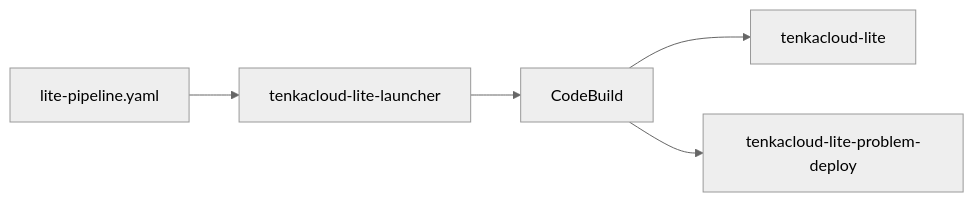
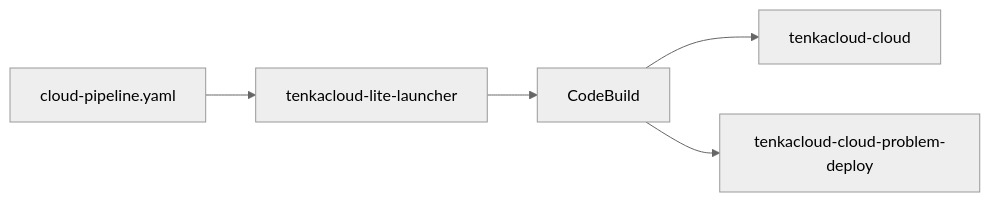
The diagram in books/cloud-competition/chapter13.md (susumutomita/zenn-article), drawn with Mermaid (neutral theme) before and after one commit. The commit also changed other lines of this file and 28 other files, not shown here.

````diff
--- a/books/cloud-competition/chapter13.md
+++ b/books/cloud-competition/chapter13.md
@@ -80,13 +68,13 @@
 ```mermaid
 flowchart LR
-    Template["lite-pipeline.yaml"]
+    Template["cloud-pipeline.yaml"]
     Launcher["tenkacloud-lite-launcher"]
     Build["CodeBuild"]
-    Lite["tenkacloud-lite"]
-    Problem["tenkacloud-lite-problem-deploy"]
+    Platform["tenkacloud-cloud"]
+    Problem["tenkacloud-cloud-problem-deploy"]
 
     Template --> Launcher
     Launcher --> Build
-    Build --> Lite
+    Build --> Platform
     Build --> Problem
 ```
````
